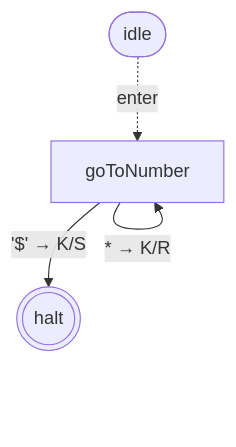
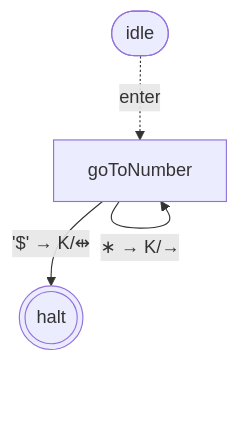
The first of 10 diagrams in packages/library-binary-numbers/states.md (mellonis/turing-machine-js), drawn with Mermaid before and after one commit. The commit also changed other lines of this file and 6 other files, not shown here.

````diff
--- a/packages/library-binary-numbers/states.md
+++ b/packages/library-binary-numbers/states.md
@@ -7,10 +7,10 @@
 ```mermaid
 flowchart TD
 %% alphabets: [[" ","^","$","0","1"]]
   s0(((halt)))
   s1["goToNumber"]
   idle([idle])
   idle -. enter .-> s1
-  s1 -- "'$' → K/S" --> s0
-  s1 -- "* → K/R" --> s1
+  s1 -- "'$' → K/⇹" --> s0
+  s1 -- "∗ → K/→" --> s1
 ```
````
